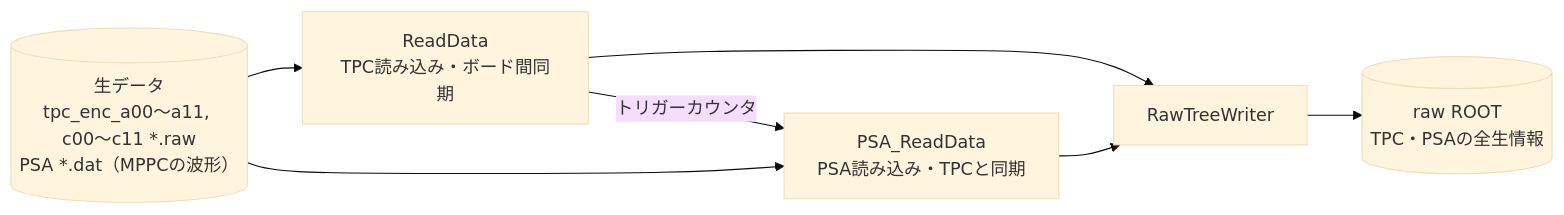
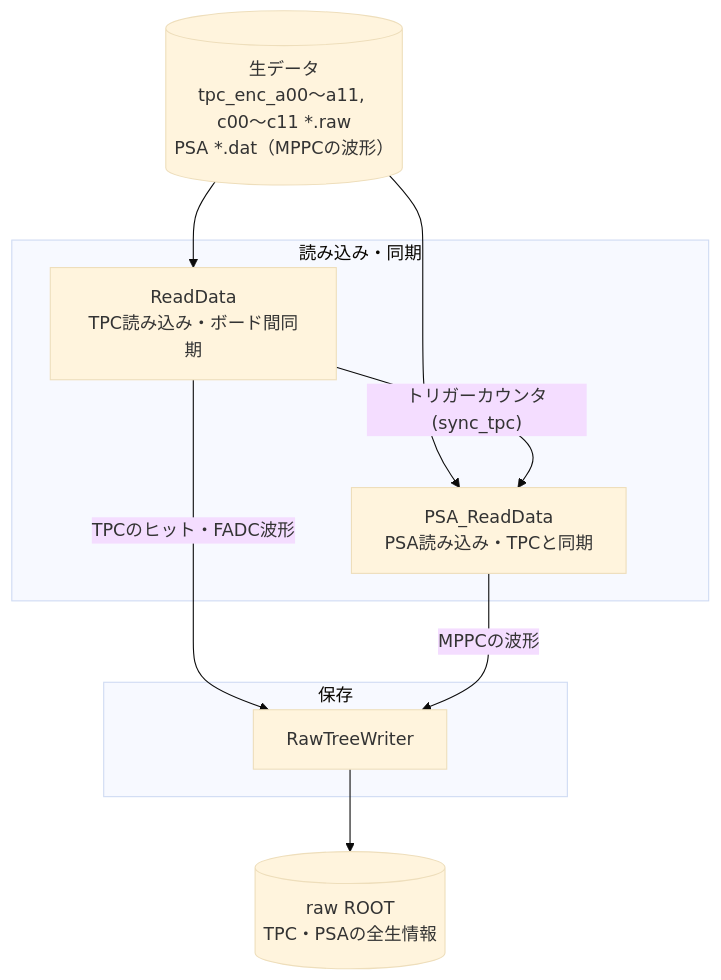
One commit to SMILE-tool-box/EricaNext changed the second of 3 diagrams in README.md. Above: the diagram before and after it, drawn with Mermaid (base theme). The commit also changed other lines of this file, not shown here.

Commit message:
README: draw the stage 1 and stage 2 module flowcharts top to bottom

````diff
--- a/README.md
+++ b/README.md
@@ -157,12 +157,18 @@
 ```mermaid
-flowchart LR
+flowchart TD
   RAW[("生データ<br>tpc_enc_a00〜a11, c00〜c11 *.raw<br>PSA *.dat（MPPCの波形）")]
-  RD["ReadData<br>TPC読み込み・ボード間同期"]
-  PRD["PSA_ReadData<br>PSA読み込み・TPCと同期"]
-  WR[RawTreeWriter]
+  subgraph L0["読み込み・同期"]
+    RD["ReadData<br>TPC読み込み・ボード間同期"]
+    PRD["PSA_ReadData<br>PSA読み込み・TPCと同期"]
+  end
+  subgraph L1["保存"]
+    WR[RawTreeWriter]
+  end
   ROOT[("raw ROOT<br>TPC・PSAの全生情報")]
-  RAW --> RD --> WR
-  RAW --> PRD --> WR
-  RD -- "トリガーカウンタ" --> PRD
+  RAW --> RD
+  RAW --> PRD
+  RD -- "トリガーカウンタ(sync_tpc)" --> PRD
+  RD -- "TPCのヒット・FADC波形" --> WR
+  PRD -- "MPPCの波形" --> WR
   WR --> ROOT
 ```
````
